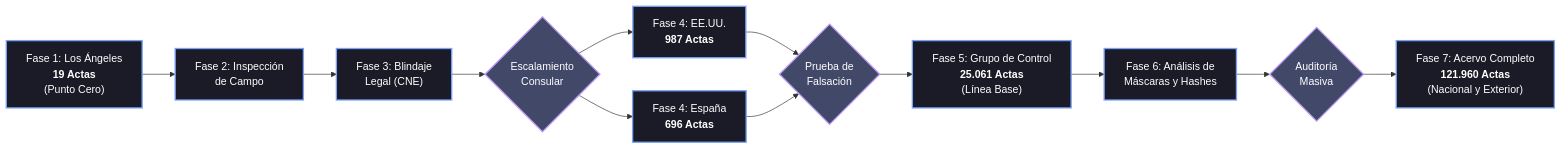
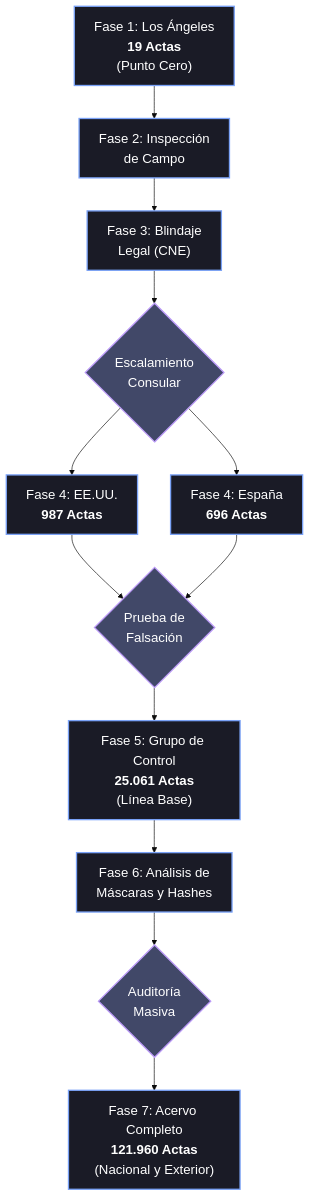
One commit to anzaca0330-pixel/AndreTaker---AnZaCa-Rep changed the diagram in README.md. Above: the diagram before and after it, drawn with Mermaid.

Commit message:
docs: agrandar diagrama de flujo de tiempo

````diff
--- a/README.md
+++ b/README.md
@@ -68,25 +68,26 @@
 ```mermaid
-flowchart LR
+%%{init: {"theme": "base", "themeVariables": { "fontSize": "20px", "fontFamily": "sans-serif"}}}%%
+flowchart TD
     A["Fase 1: Los Ángeles<br><b>19 Actas</b><br>(Punto Cero)"] --> B["Fase 2: Inspección<br>de Campo"]
     B --> C["Fase 3: Blindaje<br>Legal (CNE)"]
     C --> D{"Escalamiento<br>Consular"}
     
     D --> E["Fase 4: EE.UU.<br><b>987 Actas</b>"]
     D --> F["Fase 4: España<br><b>696 Actas</b>"]
     
     E --> G{"Prueba de<br>Falsación"}
     F --> G
     
     G --> H["Fase 5: Grupo de Control<br><b>25.061 Actas</b><br>(Línea Base)"]
     
     H --> I["Fase 6: Análisis de<br>Máscaras y Hashes"]
     
     I --> J{"Auditoría<br>Masiva"}
     
     J --> K["Fase 7: Acervo Completo<br><b>121.960 Actas</b><br>(Nacional y Exterior)"]
 
     classDef fase fill:#1a1b26,stroke:#7aa2f7,stroke-width:2px,color:#fff
     classDef escalamiento fill:#414868,stroke:#bb9af7,stroke-width:2px,color:#fff
     class A,B,C,E,F,H,I,K fase
     class D,G,J escalamiento
 ```
````
